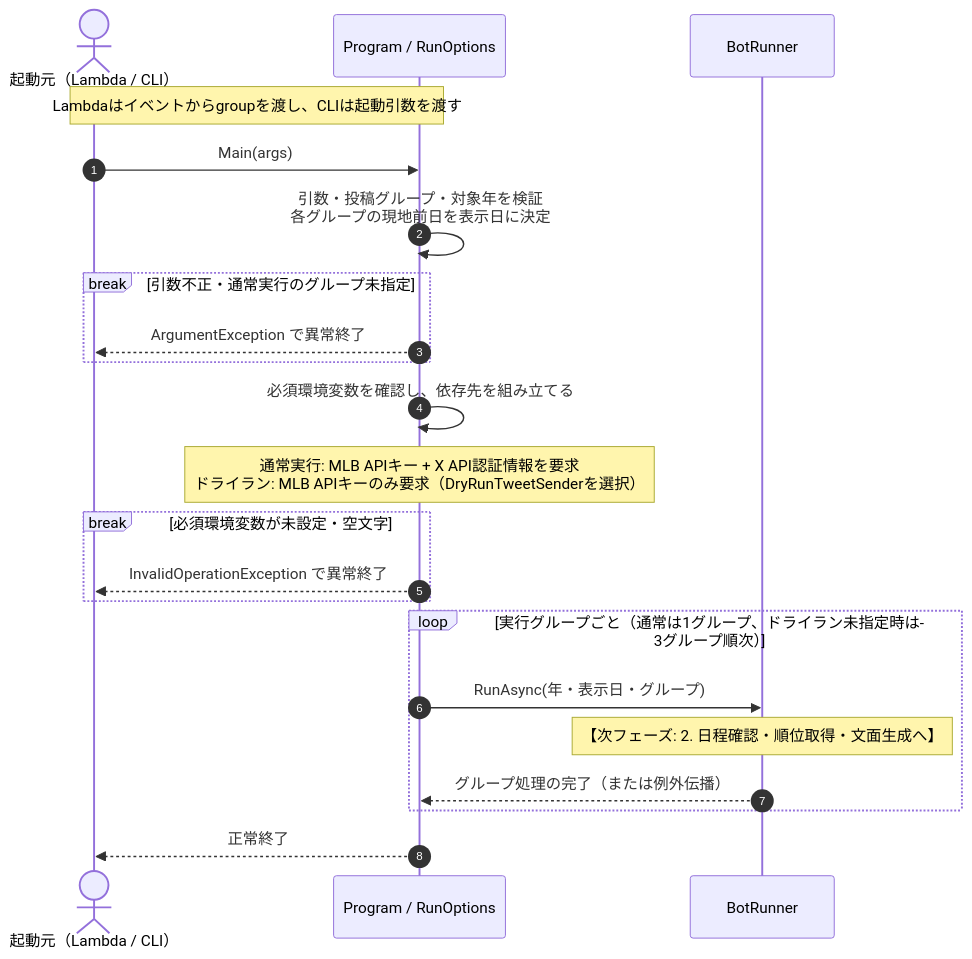
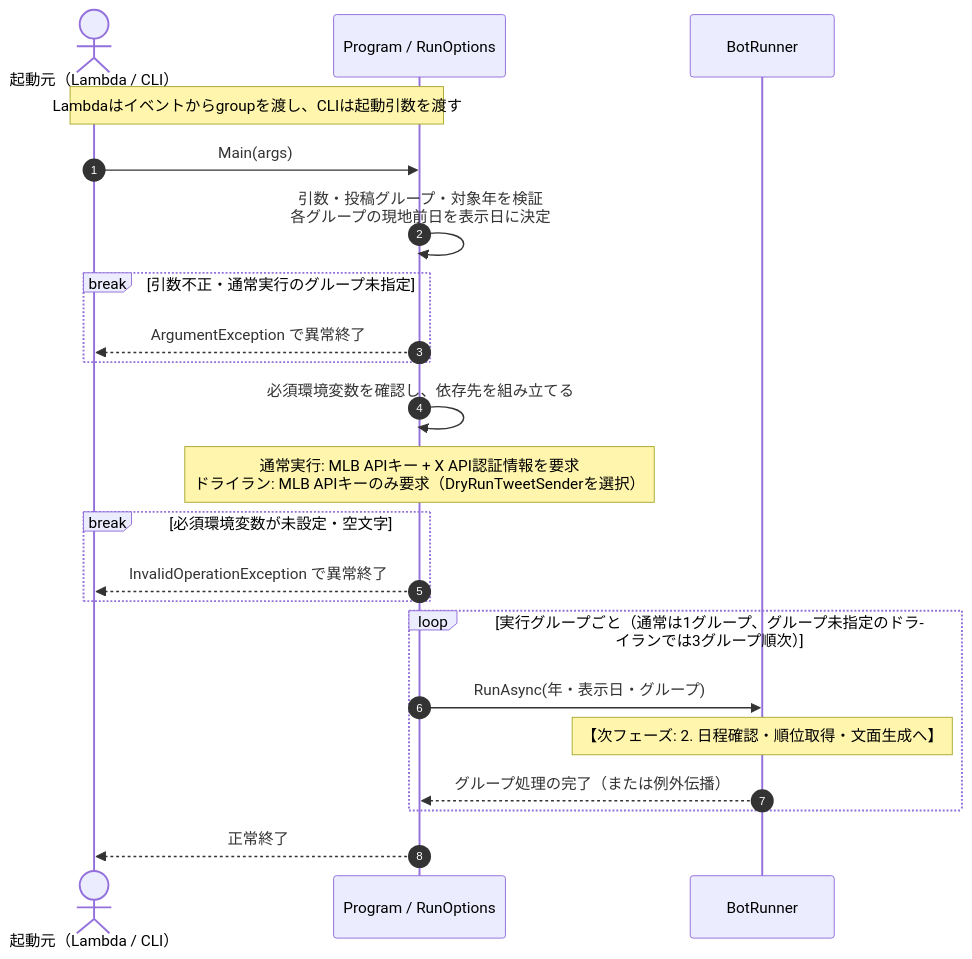
One commit to shin4488/MlbBot changed the fifth of 7 diagrams in docs/development.md. Above: the diagram before and after it, drawn with Mermaid. The commit also changed other lines of this file and 14 other files, not shown here.

````diff
--- a/docs/development.md
+++ b/docs/development.md
@@ -185,27 +186,27 @@
 ```mermaid
 sequenceDiagram
     autonumber
     actor Entry as 起動元（Lambda / CLI）
     participant P as Program / RunOptions
     participant B as BotRunner
 
     Note over Entry,P: Lambdaはイベントからgroupを渡し、CLIは起動引数を渡す
     Entry->>P: Main(args)
     P->>P: 引数・投稿グループ・対象年を検証<br/>各グループの現地前日を表示日に決定
     break 引数不正・通常実行のグループ未指定
         P-->>Entry: ArgumentException で異常終了
     end
 
     P->>P: 必須環境変数を確認し、依存先を組み立てる
     Note over P: 通常実行: MLB APIキー + X API認証情報を要求<br/>ドライラン: MLB APIキーのみ要求（DryRunTweetSenderを選択）
     break 必須環境変数が未設定・空文字
         P-->>Entry: InvalidOperationException で異常終了
     end
 
-    loop 実行グループごと（通常は1グループ、ドライラン未指定時は3グループ順次）
+    loop 実行グループごと（通常は1グループ、グループ未指定のドライランでは3グループ順次）
         P->>B: RunAsync(年・表示日・グループ)
         Note over B: 【次フェーズ: 2. 日程確認・順位取得・文面生成へ】
         B-->>P: グループ処理の完了（または例外伝播）
     end
     P-->>Entry: 正常終了
 ```
````
